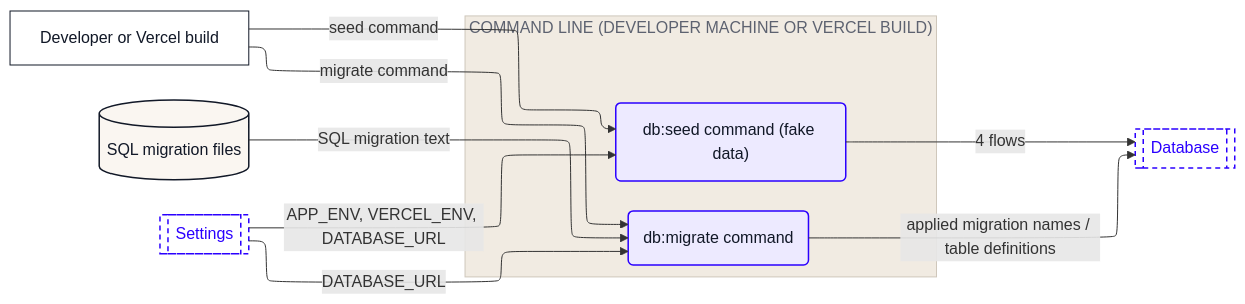
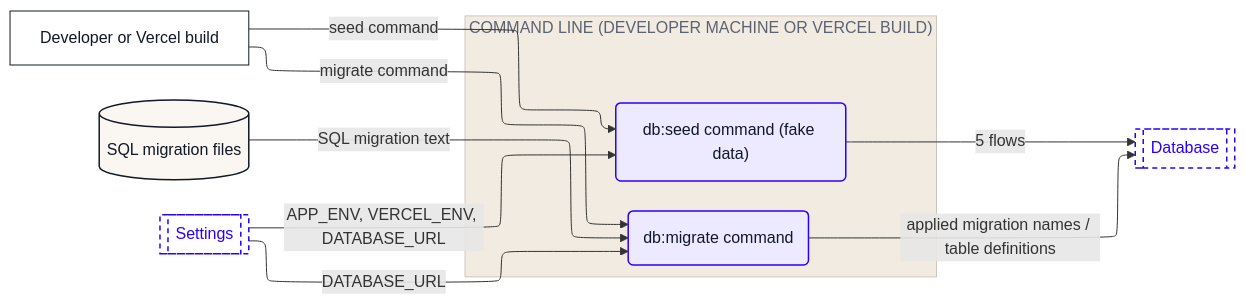
The fourth of 9 diagrams in dataflow/DATAFLOW.md (Romain-Perche/Barnacle-Pipe), drawn with Mermaid before and after one commit. The commit also changed other lines of this file and 12 other files, not shown here.

````diff
--- a/dataflow/DATAFLOW.md
+++ b/dataflow/DATAFLOW.md
@@ -187,33 +210,33 @@
 ```mermaid
 ---
 config:
   layout: elk
 ---
 flowchart LR
     n1["Developer or Vercel build"]
     n2[("SQL migration files")]
     subgraph z1["COMMAND LINE (DEVELOPER MACHINE OR VERCEL BUILD)"]
         n3("db:migrate command")
         n4("db:seed command (fake data)")
     end
     n5[["Database"]]
     n6[["Settings"]]
     n1 -->|"migrate command"| n3
     n1 -->|"seed command"| n4
     n6 -->|"DATABASE_URL"| n3
     n6 -->|"APP_ENV, VERCEL_ENV, DATABASE_URL"| n4
     n3 -->|"applied migration names / table definitions"| n5
     n2 -->|"SQL migration text"| n3
-    n4 -->|"4 flows"| n5
+    n4 -->|"5 flows"| n5
     classDef actor fill:#FFFFFF,stroke:#111827,stroke-width:1px,color:#111827
     classDef process fill:#EDEAFF,stroke:#2B00FF,stroke-width:1.5px,color:#111827
     classDef store fill:#FAF6F1,stroke:#111827,stroke-width:1.5px,color:#111827
     classDef zone fill:#1A1A1A,stroke:#1A1A1A,color:#FFFFFF
     classDef group fill:#2B00FF,stroke:#2B00FF,color:#FFFFFF
     classDef stub fill:#FFFFFF,stroke:#2B00FF,stroke-width:1.5px,stroke-dasharray:5 4,color:#2B00FF
     class n1 actor
     class n3,n4 process
     class n2 store
     class n5,n6 stub
     style z1 fill:#F1EBE2,stroke:#CFC7BB,color:#5D6270
 ```
````
